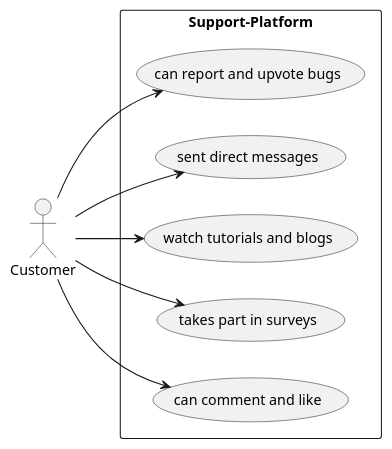
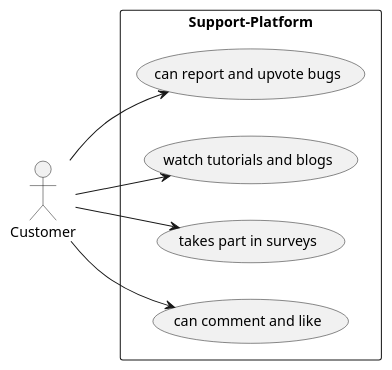
One commit to htl-leonding-project/2022-4ahif-vinitor changed the diagram in asciidocs/plantuml/use_case_customer.puml. Above: the diagram before and after it, drawn with PlantUML. The commit also changed 6 other files, not shown here.

```diff
--- a/asciidocs/plantuml/use_case_customer.puml
+++ b/asciidocs/plantuml/use_case_customer.puml
@@ -1,14 +1,13 @@
 @startuml
 'https://plantuml.com/use-case-diagram
 
 left to right direction
 :Customer:
 
 rectangle Support-Platform{
 Customer -> (can report and upvote bugs)
- Customer --> (sent direct messages)
  Customer --> (watch tutorials and blogs)
  Customer --> (takes part in surveys)
  Customer --> (can comment and like)
 }
 @enduml
```
